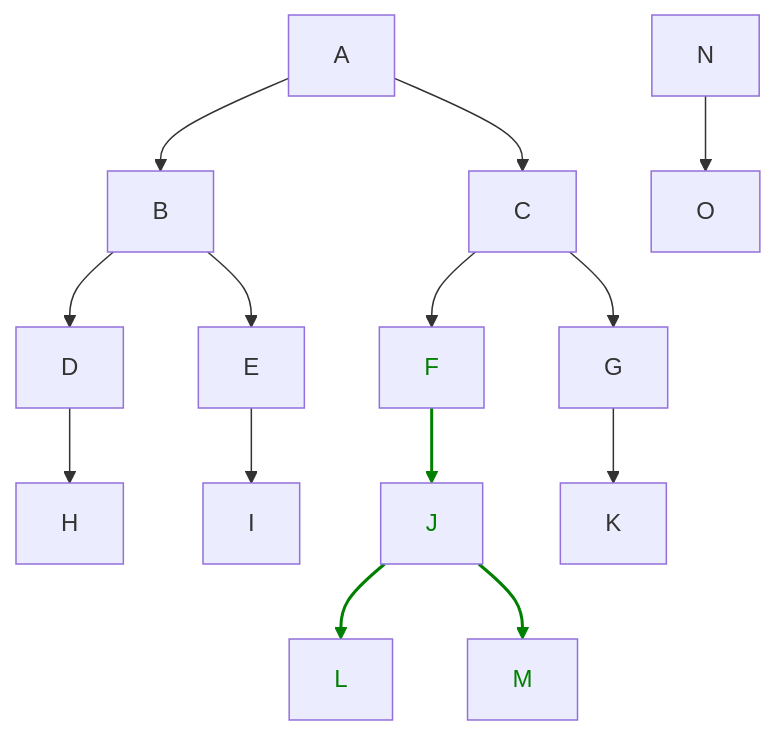
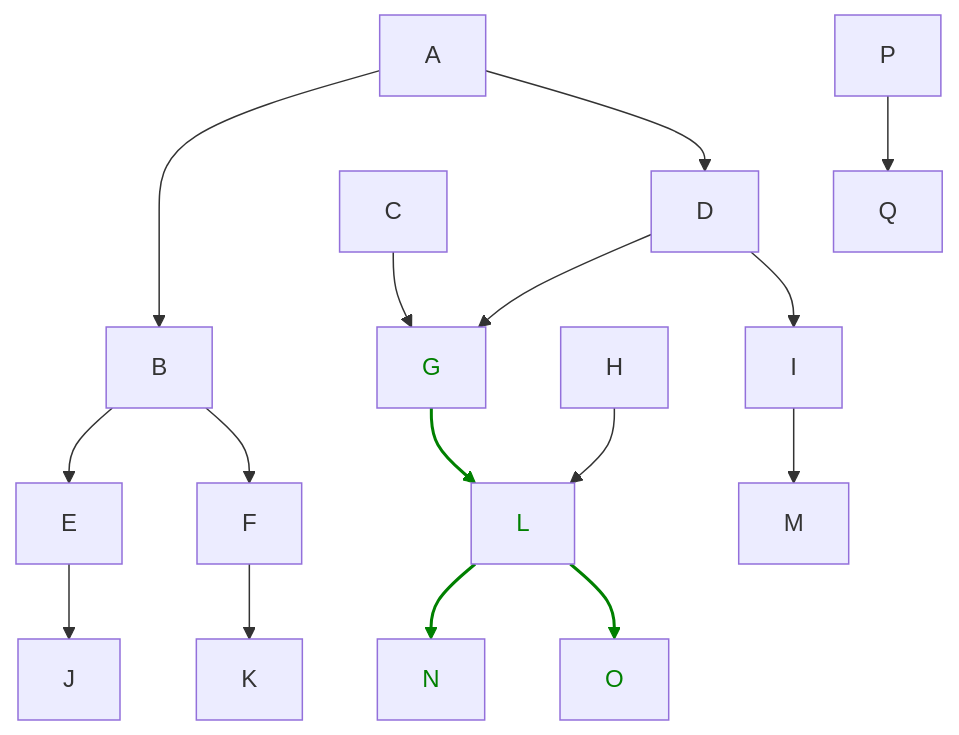
Before and after one commit to bacpack-system/packager: the third of 6 diagrams in doc/UseCaseScenarios.md, drawn with Mermaid. The commit also changed other lines of this file, not shown here.

Commit message:
Add more cases to graphs, some doc fixes

````diff
--- a/doc/UseCaseScenarios.md
+++ b/doc/UseCaseScenarios.md
@@ -94,26 +97,26 @@
 ```mermaid
 graph TD
-    A
-    A --> B
-    A --> C
-    B --> D
+    A ---> B
+    A --> D
     B --> E
-    C --> F
+    B --> F
     C --> G
-    D --> H
-    E --> I
-    F --> J
-    G --> K
-    J --> L
-    J --> M
-    N
-    N --> O
+    D --> G
+    H --> L
+    D --> I
+    E --> J
+    F --> K
+    G --> L
+    I --> M
+    L --> N
+    L --> O
+    P --> Q
 
-    style F color:green;
-    style J color:green;
+    style G color:green;
     style L color:green;
-    style M color:green;
-    linkStyle 8 stroke:green,stroke-width:2px;
+    style N color:green;
+    style O color:green;
     linkStyle 10 stroke:green,stroke-width:2px;
-    linkStyle 11 stroke:green,stroke-width:2px;
+    linkStyle 12 stroke:green,stroke-width:2px;
+    linkStyle 13 stroke:green,stroke-width:2px;
 ```
````
